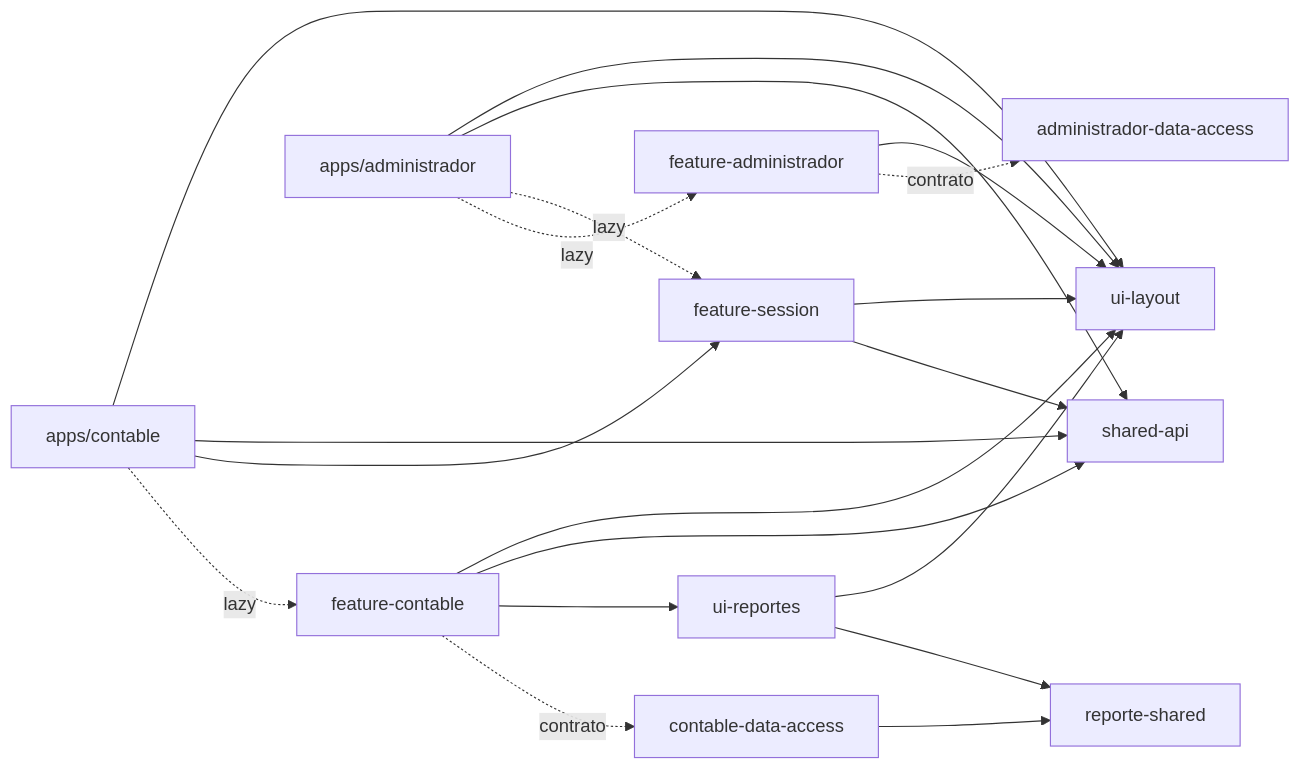
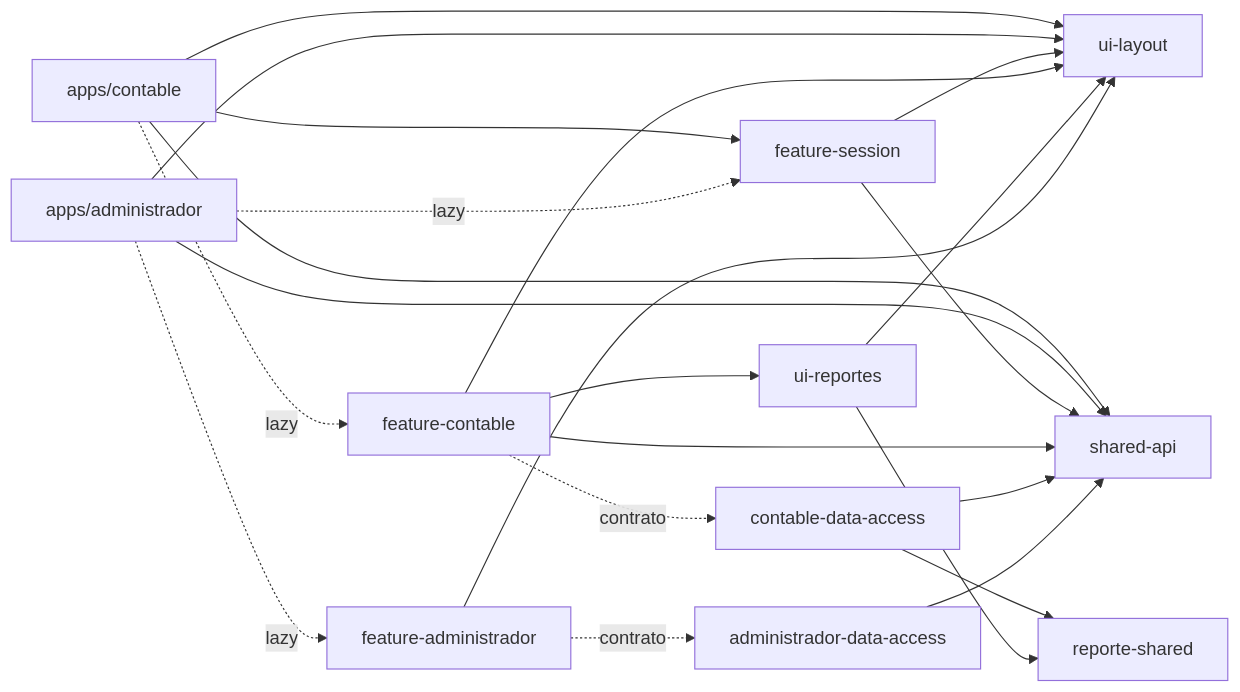
Before and after one commit to ETEREA-services/ETEREA.multitenant-client: the diagram in README.md, drawn with Mermaid. The commit also changed other lines of this file and 26 other files, not shown here.

````diff
--- a/README.md
+++ b/README.md
@@ -90,22 +90,24 @@
 ```mermaid
 flowchart LR
   contableApp["apps/contable"] --> layout["ui-layout"]
   contableApp --> shared["shared-api"]
   contableApp --> session["feature-session"]
   contableApp -. lazy .-> contable["feature-contable"]
   adminApp["apps/administrador"] --> layout
   adminApp --> shared
   adminApp -. lazy .-> session
   adminApp -. lazy .-> admin["feature-administrador"]
   session --> layout
   session --> shared
   contable --> layout
   contable --> shared
   contable --> uiReportes["ui-reportes"]
   contable -. contrato .-> contableData["contable-data-access"]
   contableData --> reporteShared["reporte-shared"]
+  contableData --> shared
   uiReportes --> layout
   uiReportes --> reporteShared
   admin --> layout
   admin -. contrato .-> adminData["administrador-data-access"]
+  adminData --> shared
 ```
````
